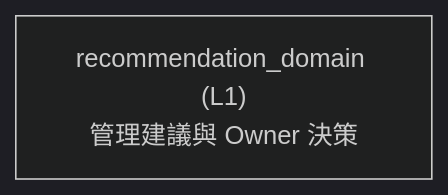
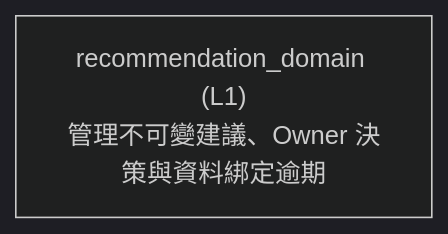
One commit to ShinWeiPeng/thesis-trace changed the diagram in architecture/generated/recommendation_domain.md. Above: the diagram before and after it, drawn with Mermaid (dark theme). The commit also changed other lines of this file and 133 other files, not shown here.

````diff
--- a/architecture/generated/recommendation_domain.md
+++ b/architecture/generated/recommendation_domain.md
@@ -7,4 +7,4 @@
 ```mermaid
 flowchart TD
-    n_recommendation_domain["recommendation_domain (L1)<br/>管理建議與 Owner 決策"]
+    n_recommendation_domain["recommendation_domain (L1)<br/>管理不可變建議、Owner 決策與資料綁定逾期"]
 ```
````
